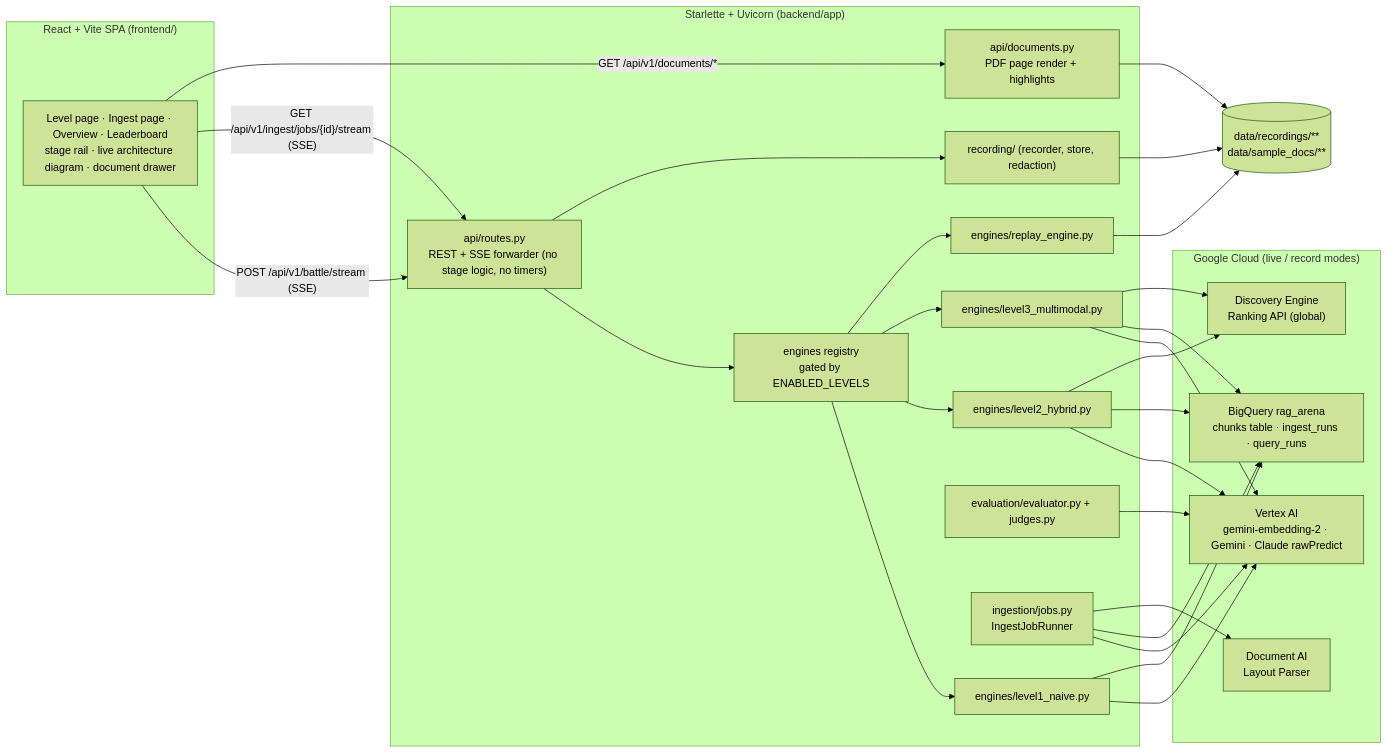
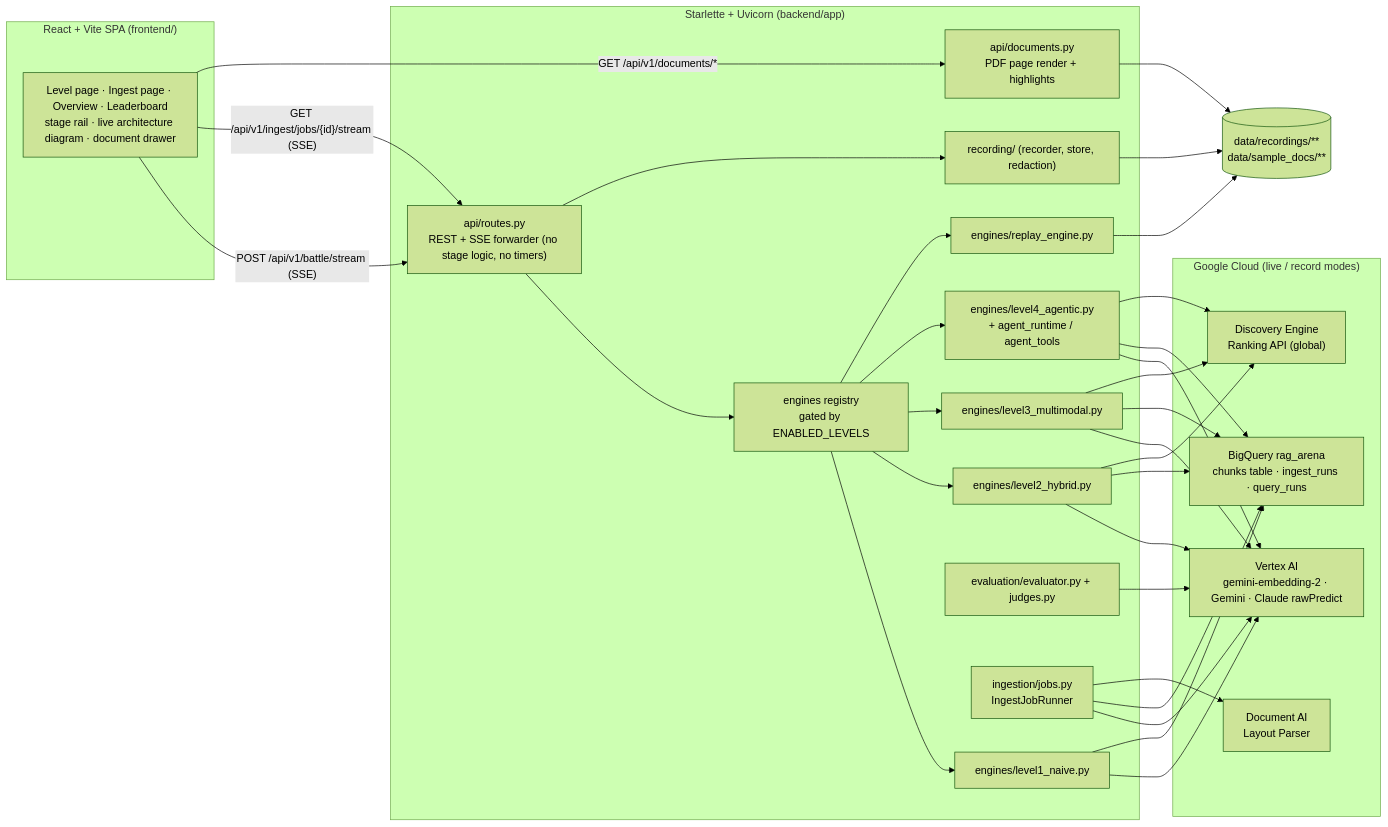
Before and after one commit to nishitpatel01/rag-arena: the diagram in docs/ARCHITECTURE.md, drawn with Mermaid (forest theme). The commit also changed other lines of this file and 3 other files, not shown here.

Commit message:
docs: add Level 4 (Google ADK agentic RAG) architecture, results, and D1-D6 evidence

````diff
--- a/docs/ARCHITECTURE.md
+++ b/docs/ARCHITECTURE.md
@@ -11,38 +11,40 @@
 ```mermaid
 flowchart LR
     subgraph Browser["React + Vite SPA (frontend/)"]
         UI["Level page · Ingest page · Overview · Leaderboard<br/>stage rail · live architecture diagram · document drawer"]
     end
     subgraph API["Starlette + Uvicorn (backend/app)"]
         R["api/routes.py<br/>REST + SSE forwarder (no stage logic, no timers)"]
         D["api/documents.py<br/>PDF page render + highlights"]
         REG["engines registry<br/>gated by ENABLED_LEVELS"]
         L1["engines/level1_naive.py"]
         L2["engines/level2_hybrid.py"]
         L3["engines/level3_multimodal.py"]
+        L4["engines/level4_agentic.py<br/>+ agent_runtime / agent_tools"]
         RP["engines/replay_engine.py"]
         EV["evaluation/evaluator.py + judges.py"]
         IJ["ingestion/jobs.py<br/>IngestJobRunner"]
         REC["recording/ (recorder, store, redaction)"]
     end
     subgraph GCP["Google Cloud (live / record modes)"]
         VX["Vertex AI<br/>gemini-embedding-2 · Gemini · Claude rawPredict"]
         RA["Discovery Engine<br/>Ranking API (global)"]
         DA["Document AI<br/>Layout Parser"]
         BQ["BigQuery rag_arena<br/>chunks table · ingest_runs · query_runs"]
     end
     FS[("data/recordings/**<br/>data/sample_docs/**")]
 
     UI -- "POST /api/v1/battle/stream (SSE)" --> R
     UI -- "GET /api/v1/ingest/jobs/{id}/stream (SSE)" --> R
     UI -- "GET /api/v1/documents/*" --> D
-    R --> REG --> L1 & L2 & L3 & RP
+    R --> REG --> L1 & L2 & L3 & L4 & RP
     L1 --> VX & BQ
     L2 --> VX & BQ & RA
     L3 --> VX & BQ & RA
+    L4 --> VX & BQ & RA
     EV --> VX
     IJ --> VX & BQ & DA
     R --> REC --> FS
     RP --> FS
     D --> FS
 ```
````
